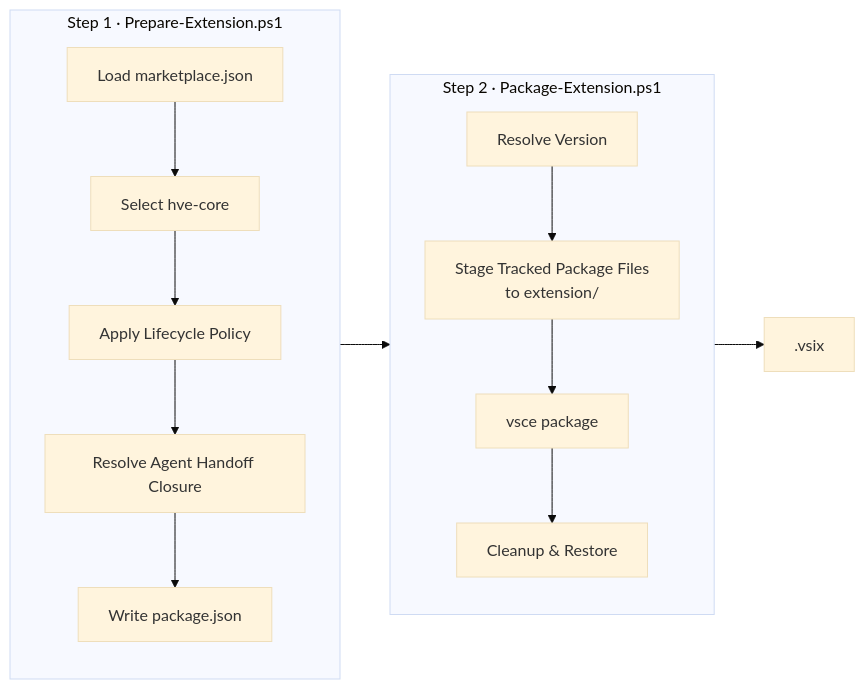
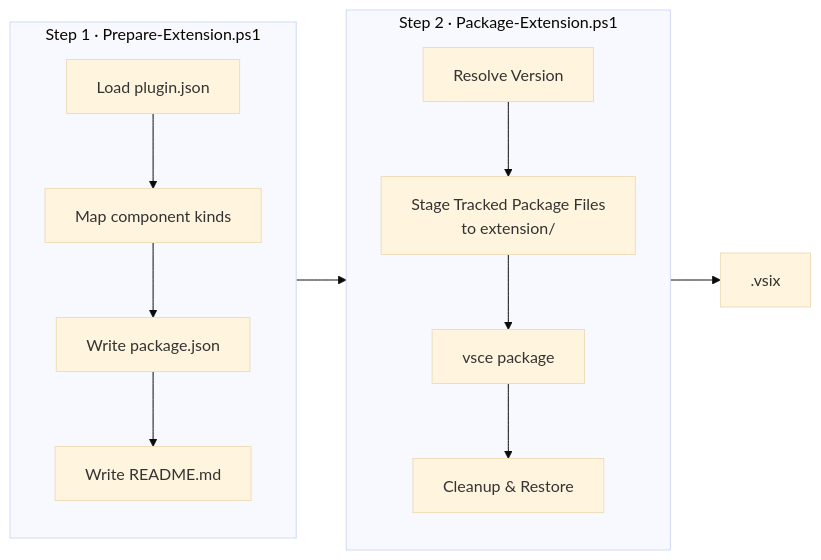
The first of 3 diagrams in extension/PACKAGING.md (MohammedAlkindi/hve-core), drawn with Mermaid (base theme) before and after one commit. The commit also changed other lines of this file and 142 other files, not shown here.

First line of the commit message:
feat(plugins): consolidate HVE Core into one plugin (#2712)

````diff
--- a/extension/PACKAGING.md
+++ b/extension/PACKAGING.md
@@ -116,17 +116,16 @@
 ```mermaid
 flowchart LR
     subgraph Prepare["Step 1 · Prepare-Extension.ps1"]
-        P1[Load marketplace.json] --> P2[Select hve-core]
-        P2 --> P3[Apply Lifecycle Policy]
-        P3 --> P4[Resolve Agent Handoff Closure]
-        P4 --> P5[Write package.json]
+        P1[Load plugin.json] --> P2[Map component kinds]
+        P2 --> P3[Write package.json]
+        P3 --> P4[Write README.md]
     end
 
     subgraph Package["Step 2 · Package-Extension.ps1"]
         K1[Resolve Version] --> K2["Stage Tracked Package Files<br/>to extension/"]
         K2 --> K3[vsce package]
         K3 --> K4[Cleanup & Restore]
     end
 
     Prepare --> Package --> VSIX[".vsix"]
 ```
````
